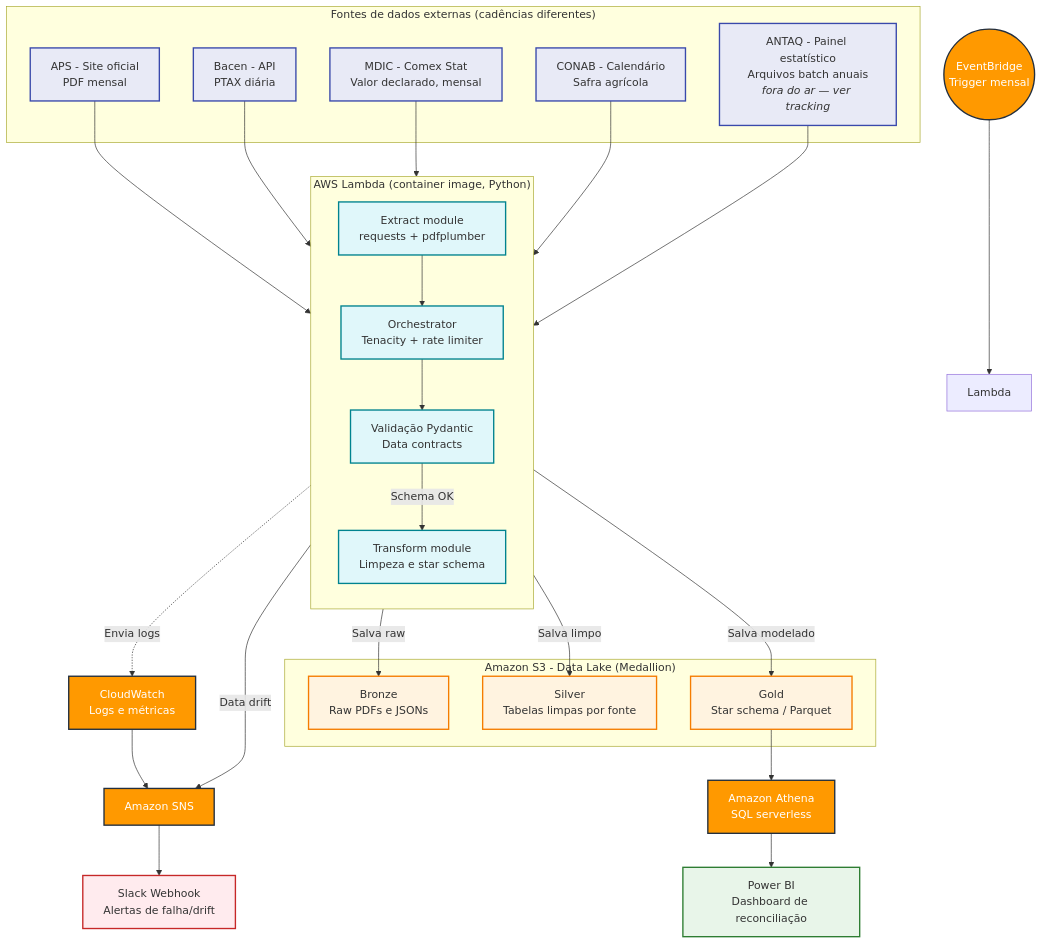
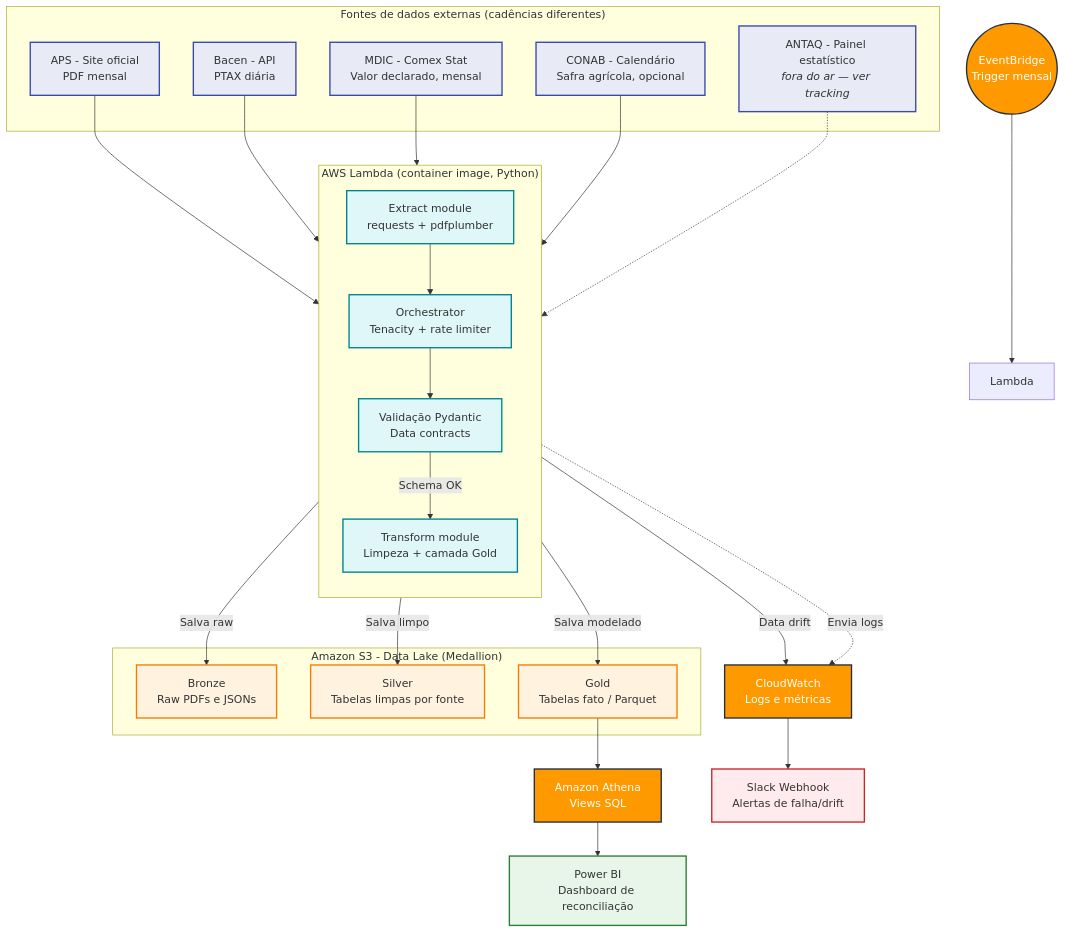
One commit to Magalhaes-vitor/comex-data-product changed the diagram in README.md. Above: the diagram before and after it, drawn with Mermaid. The commit also changed other lines of this file and 5 other files, not shown here.

````diff
--- a/README.md
+++ b/README.md
@@ -123,56 +42,56 @@
 ```mermaid
 graph TD
     classDef source fill:#E8EAF6,stroke:#3949AB,stroke-width:2px;
     classDef aws fill:#FF9900,stroke:#232F3E,stroke-width:2px,color:#FFFFFF;
     classDef storage fill:#FFF3E0,stroke:#F57C00,stroke-width:2px;
     classDef compute fill:#E0F7FA,stroke:#00838F,stroke-width:2px;
     classDef monitor fill:#FFEBEE,stroke:#C62828,stroke-width:2px;
     classDef bi fill:#E8F5E9,stroke:#2E7D32,stroke-width:2px;
 
     subgraph Extras["Fontes de dados externas (cadências diferentes)"]
         APS[APS - Site oficial<br>PDF mensal]:::source
         BACEN[Bacen - API<br>PTAX diária]:::source
         MDIC[MDIC - Comex Stat<br>Valor declarado, mensal]:::source
-        CONAB[CONAB - Calendário<br>Safra agrícola]:::source
-        ANTAQ[ANTAQ - Painel estatístico<br>Arquivos batch anuais<br><i>fora do ar — ver tracking</i>]:::source
+        CONAB[CONAB - Calendário<br>Safra agrícola, opcional]:::source
+        ANTAQ[ANTAQ - Painel estatístico<br><i>fora do ar — ver tracking</i>]:::source
     end
 
     EB(("EventBridge<br>Trigger mensal")):::aws --> Lambda
 
     subgraph Compute["AWS Lambda (container image, Python)"]
         direction TB
         Orchestrator[Orchestrator<br>Tenacity + rate limiter]:::compute
         Extract[Extract module<br>requests + pdfplumber]:::compute
         Validation[Validação Pydantic<br>Data contracts]:::compute
-        Transform[Transform module<br>Limpeza e star schema]:::compute
+        Transform[Transform module<br>Limpeza + camada Gold]:::compute
     end
 
     subgraph Lake["Amazon S3 - Data Lake (Medallion)"]
         Bronze[Bronze<br>Raw PDFs e JSONs]:::storage
         Silver[Silver<br>Tabelas limpas por fonte]:::storage
-        Gold[Gold<br>Star schema / Parquet]:::storage
+        Gold[Gold<br>Tabelas fato / Parquet]:::storage
     end
 
-    Athena[Amazon Athena<br>SQL serverless]:::aws --> BI[Power BI<br>Dashboard de reconciliação]:::bi
+    Athena[Amazon Athena<br>Views SQL]:::aws --> BI[Power BI<br>Dashboard de reconciliação]:::bi
 
-    CW[CloudWatch<br>Logs e métricas]:::aws --> SNS[Amazon SNS]:::aws --> Slack[Slack Webhook<br>Alertas de falha/drift]:::monitor
+    CW[CloudWatch<br>Logs e métricas]:::aws --> Slack[Slack Webhook<br>Alertas de falha/drift]:::monitor
 
     APS --> Extract
     BACEN --> Extract
     MDIC --> Extract
     CONAB --> Extract
-    ANTAQ --> Extract
+    ANTAQ -.-> Extract
 
     Extract --> Orchestrator
     Orchestrator --> Validation
 
     Validation -- "Schema OK" --> Transform
-    Validation -- "Data drift" --> SNS
+    Validation -- "Data drift" --> CW
 
     Transform -->|Salva raw| Bronze
     Transform -->|Salva limpo| Silver
     Transform -->|Salva modelado| Gold
 
     Gold --> Athena
     Transform -.->|Envia logs| CW
 ```
````
